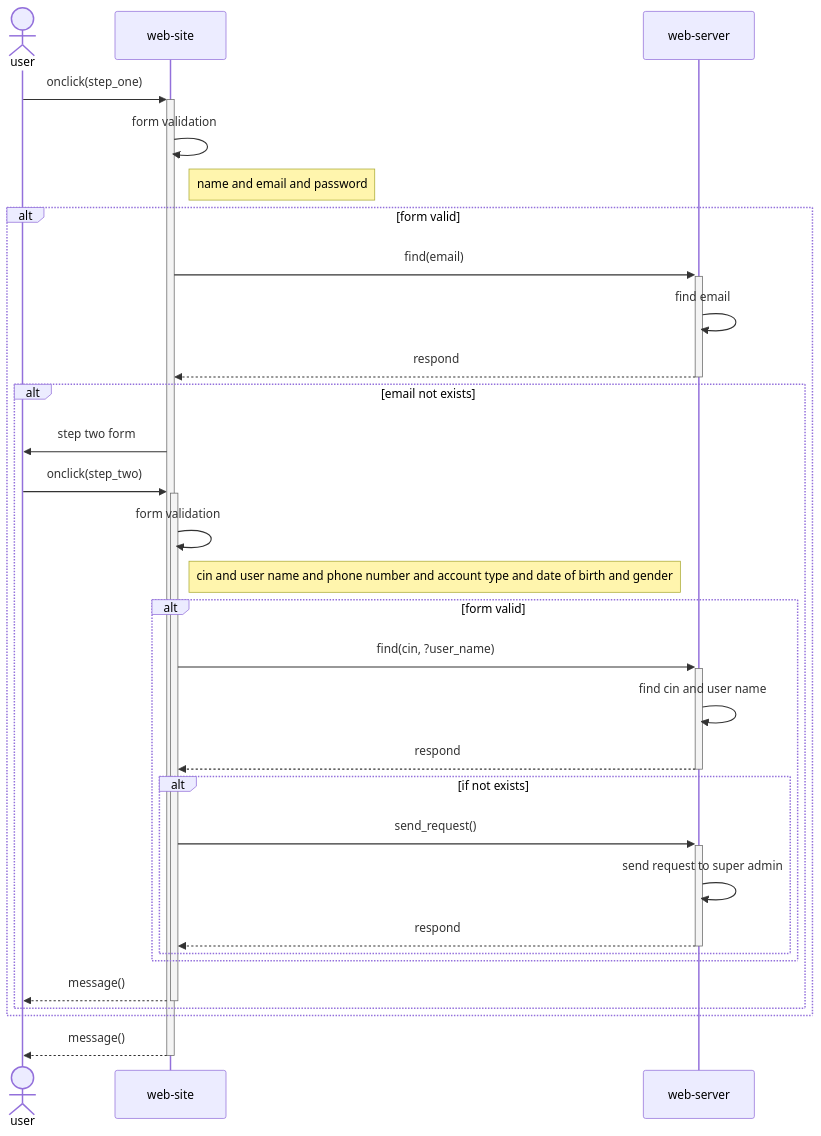
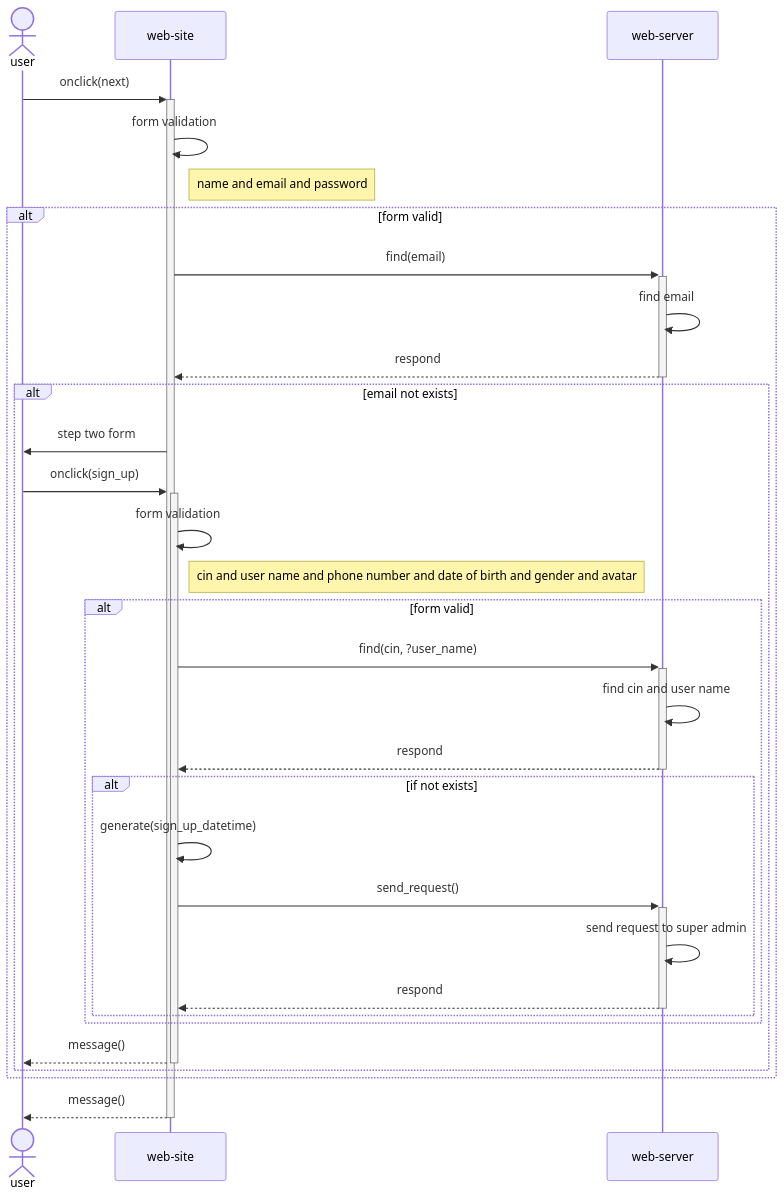
Before and after one commit to idlli/E-Campus: the second of 2 diagrams in diagrams/sign-up.md, drawn with Mermaid. The commit also changed other lines of this file, not shown here.

````diff
--- a/diagrams/sign-up.md
+++ b/diagrams/sign-up.md
@@ -23,32 +12,33 @@
 ```mermaid
 sequenceDiagram
     actor user
     participant site as web-site
     participant server as web-server
-    user ->>+ site : onclick(step_one)
+    user ->>+ site : onclick(next)
     site ->> site : form validation
     note right of site : name and email and password
     alt form valid
         site ->>+ server : find(email)
         server ->> server : find email
         server -->>- site : respond
         alt email not exists
             site ->> user : step two form
-            user ->>+ site : onclick(step_two)
+            user ->>+ site : onclick(sign_up)
             site ->> site : form validation
-            note right of site : cin and user name and phone number and account type and date of birth and gender
+            note right of site : cin and user name and phone number and date of birth and gender and avatar
             alt form valid
                 site ->>+ server : find(cin, ?user_name)
                 server ->> server : find cin and user name
                 server -->>- site : respond
                 alt if not exists
+                    site ->> site : generate(sign_up_datetime)
                     site ->>+ server : send_request()
                     server ->> server : send request to super admin
                     server -->>- site : respond
                 end
             end
             site -->>- user : message()
         end
     end
     site -->>- user : message()
 ```
````
